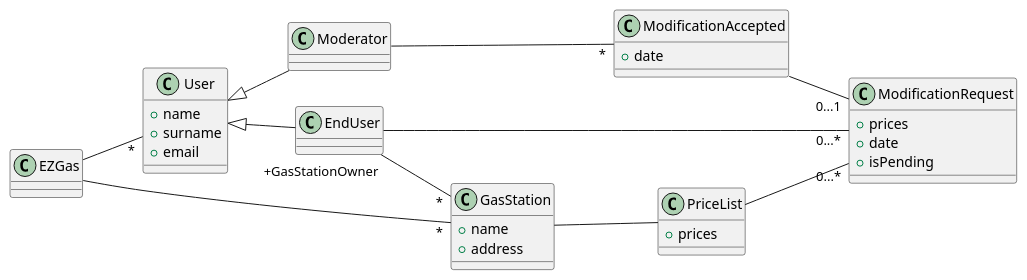
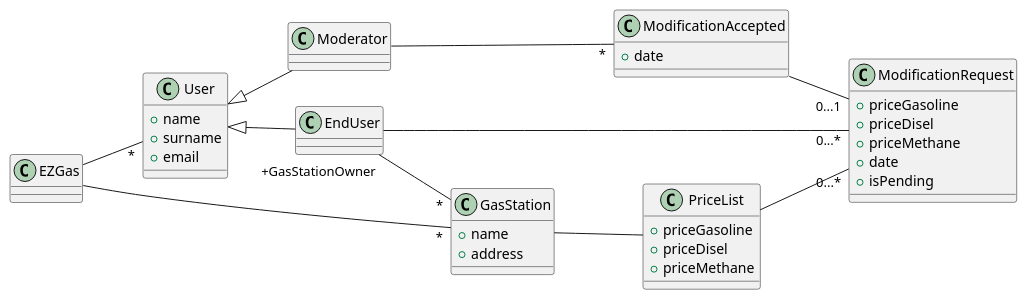
Before and after one commit to SoftengPoliTo/Lab2: the third of 3 diagrams in REQ_s269679.md, drawn with PlantUML.

Commit message:
Added a price for each fuel type in the glossary

````diff
--- a/REQ_s269679.md
+++ b/REQ_s269679.md
@@ -276,51 +276,55 @@
 ```plantuml
 left to right direction
 class EZGas{
 
 }
 
 class User{
 	+name
 	+surname
 	+email	
 }
 
 class GasStation{
 	+name
 	+address	
 }
 
 class EndUser{	
 }
 
 class Moderator{	
 }
 
 class PriceList{
-	+prices	
+	+priceGasoline
+	+priceDisel
+	+priceMethane	
 }
 
 class ModificationRequest{
-	+prices
+	+priceGasoline
+	+priceDisel
+	+priceMethane
 	+date
 	+isPending
 }
 
 class ModificationAccepted{
 	+date
 }
 
 EZGas -- "*" User
 EZGas -- "*" GasStation
 
 User <|-- EndUser
 User <|-- Moderator
 
 EndUser "+GasStationOwner" -- "*" GasStation
 GasStation -- PriceList
 EndUser -- "0...*" ModificationRequest
 PriceList -- "0...*" ModificationRequest
 ModificationAccepted -- "0...1" ModificationRequest
 Moderator -- "*" ModificationAccepted
 
 ```
````
